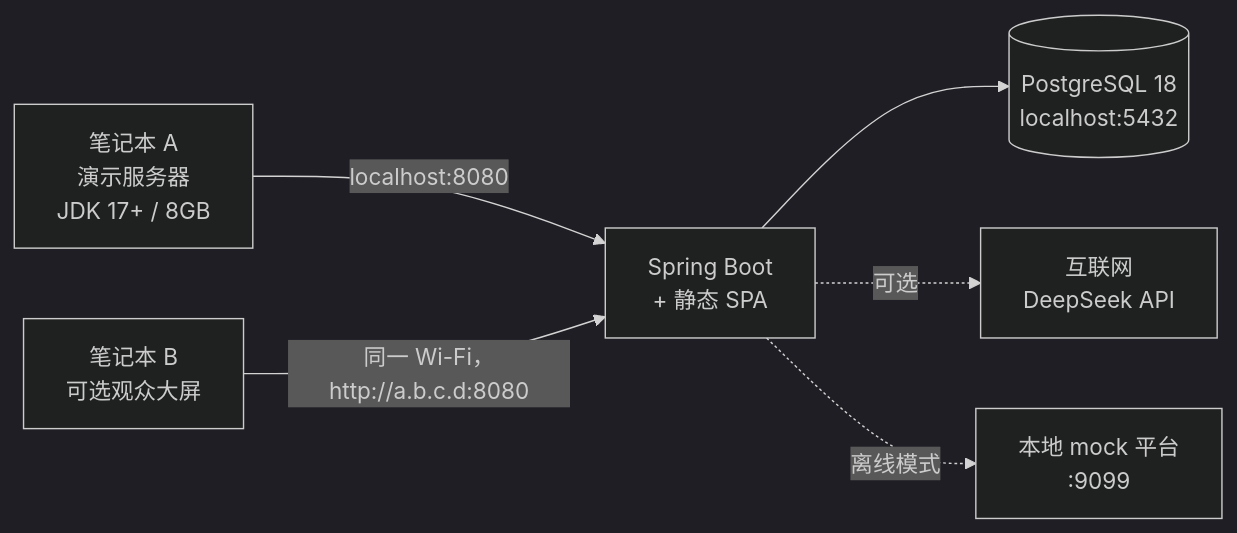
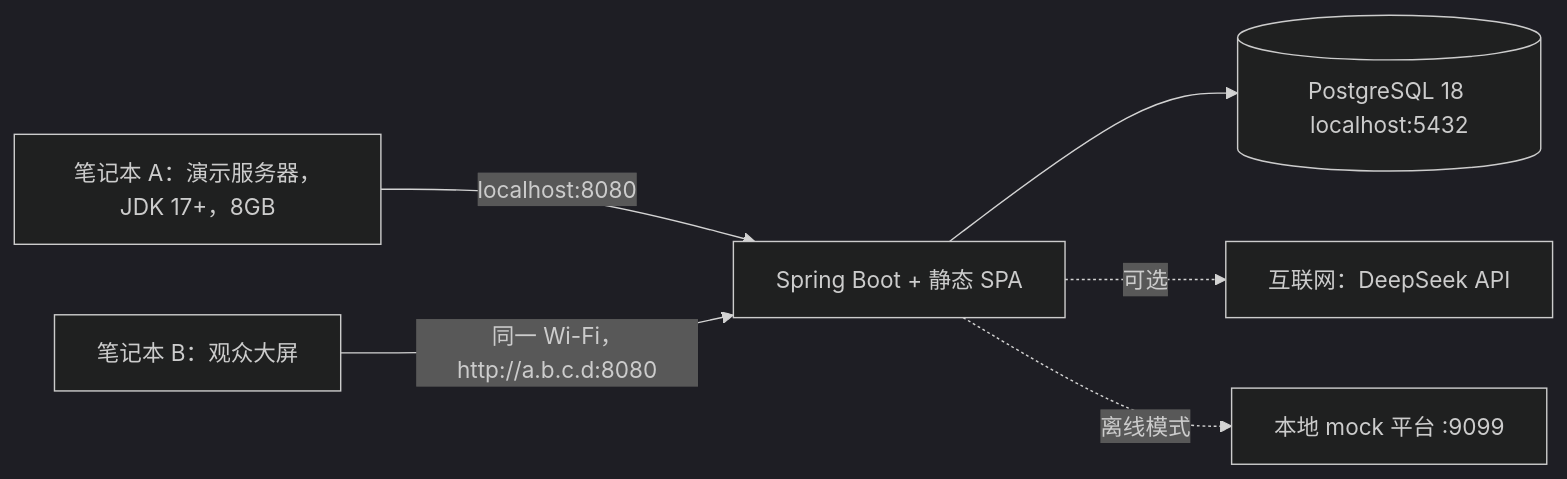
Before and after one commit to PanheadGG/agora-drive: the seventh of 7 diagrams in docs/www2026/WWW2026_Demo_AgentCloudDisk_ZH.md, drawn with Mermaid (dark theme). The commit also changed other lines of this file and 1 other file, not shown here.

Commit message:
docs: 重写 WWW2026 Demo 论文（多 Agent 协同版，中英双语，7 张 Mermaid + 5 张实拍图）

````diff
--- a/docs/www2026/WWW2026_Demo_AgentCloudDisk_ZH.md
+++ b/docs/www2026/WWW2026_Demo_AgentCloudDisk_ZH.md
@@ -281,8 +272,8 @@
 ```mermaid
 flowchart LR
-    L1["笔记本 A<br/>演示服务器<br/>JDK 17+ / 8GB"] -->|"localhost:8080"| S["Spring Boot<br/>+ 静态 SPA"]
-    S --> PG[("PostgreSQL 18<br/>localhost:5432")]
-    L2["笔记本 B<br/>可选观众大屏"] -->|"同一 Wi-Fi，http://a.b.c.d:8080"| S
-    S -.->|"可选"| NET["互联网<br/>DeepSeek API"]
-    S -.->|"离线模式"| MOCK["本地 mock 平台<br/>:9099"]
+    L1["笔记本 A：演示服务器，JDK 17+，8GB"] -->|"localhost:8080"| S["Spring Boot + 静态 SPA"]
+    S --> PG[("PostgreSQL 18 localhost:5432")]
+    L2["笔记本 B：观众大屏"] -->|"同一 Wi-Fi，http://a.b.c.d:8080"| S
+    S -.->|"可选"| NET["互联网：DeepSeek API"]
+    S -.->|"离线模式"| MOCK["本地 mock 平台 :9099"]
 ```
````
